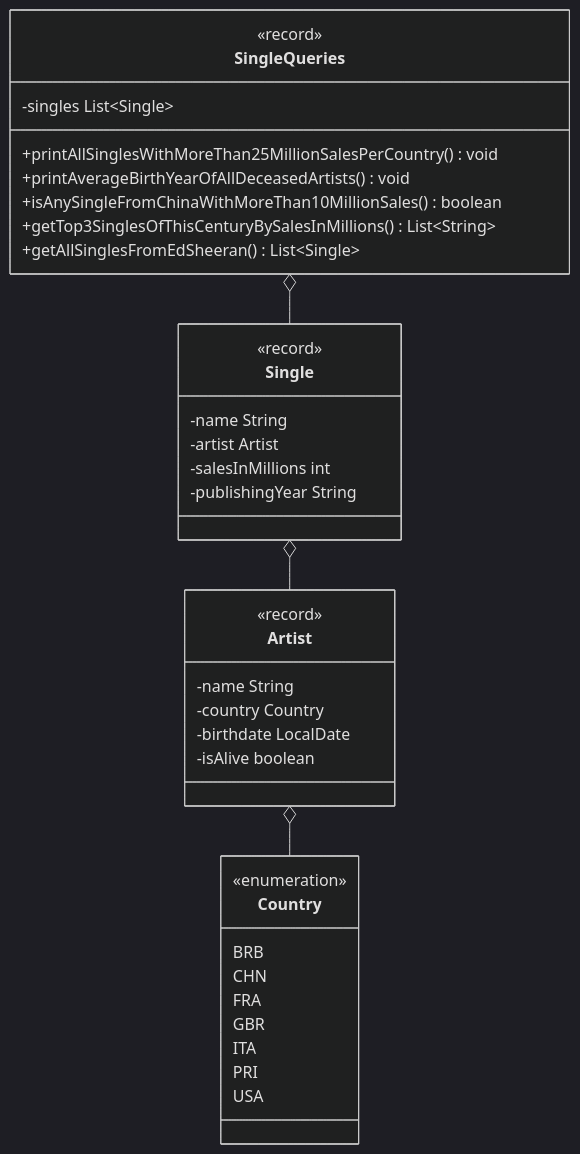
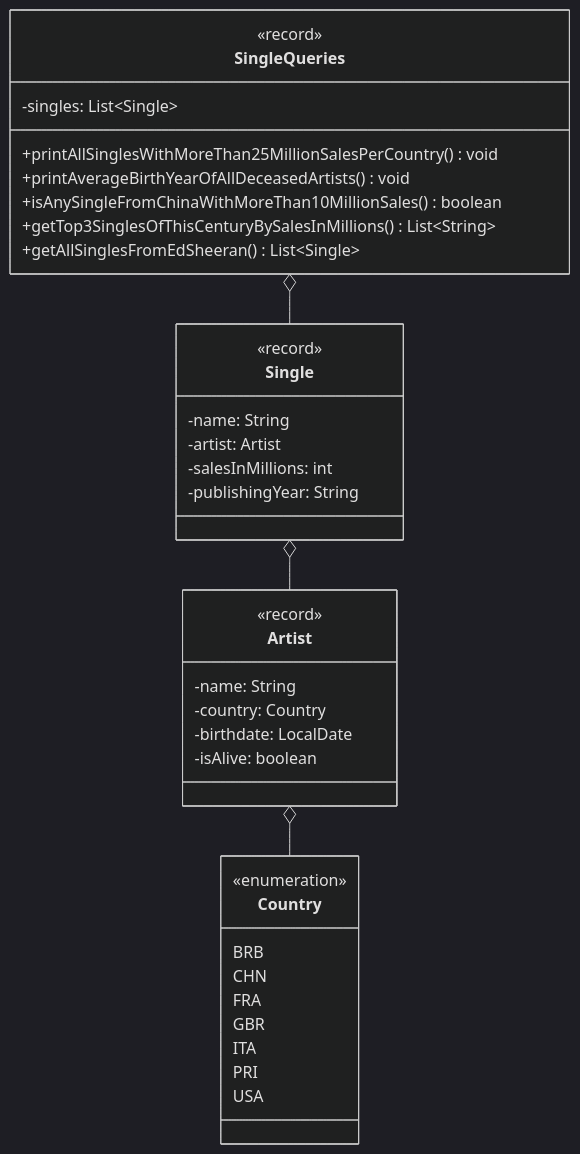
Before and after one commit to jappuccini/java-docs: the third of 3 diagrams in docs/additional-material/daniel-java2/sample-exam.md, drawn with Mermaid (dark theme). The commit also changed other lines of this file and 76 other files, not shown here.

Commit message:
uml fixes (colons, properties), headline fixes (italic) and exam result updates

````diff
--- a/docs/additional-material/daniel-java2/sample-exam.md
+++ b/docs/additional-material/daniel-java2/sample-exam.md
@@ -272,43 +272,43 @@
 ```mermaid
 classDiagram
     Single o-- Artist
     Artist o-- Country
     SingleQueries o-- Single
 
     class Single {
         <<record>>
-        -name String
-        -artist Artist
-        -salesInMillions int
-        -publishingYear String
+        -name: String
+        -artist: Artist
+        -salesInMillions: int
+        -publishingYear: String
     }
 
     class Artist {
         <<record>>
-        -name String
-        -country Country
-        -birthdate LocalDate
-        -isAlive boolean
+        -name: String
+        -country: Country
+        -birthdate: LocalDate
+        -isAlive: boolean
     }
 
     class Country {
         <<enumeration>>
         BRB
         CHN
         FRA
         GBR
         ITA
         PRI
         USA
     }
 
     class SingleQueries {
         <<record>>
-        -singles List~Single~
+        -singles: List~Single~
         +printAllSinglesWithMoreThan25MillionSalesPerCountry() void
         +printAverageBirthYearOfAllDeceasedArtists() void
         +isAnySingleFromChinaWithMoreThan10MillionSales() boolean
         +getTop3SinglesOfThisCenturyBySalesInMillions() List~String~
         +getAllSinglesFromEdSheeran() List~Single~
     }
 ```
````
